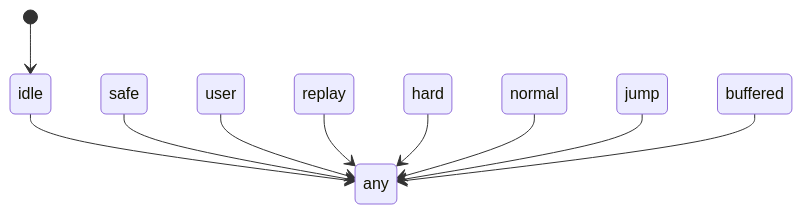
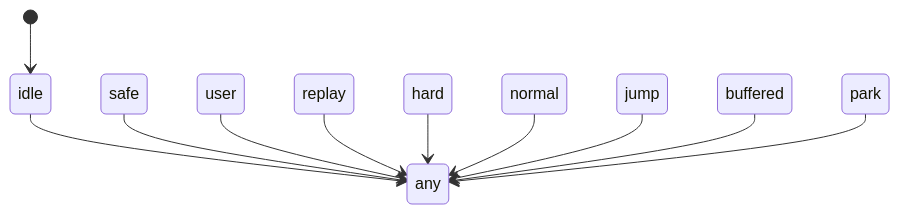
Before and after one commit to BouncySlime1215/redzone-everything: diagram 23 of 53 in docs/state-machines.md, drawn with Mermaid. The commit also changed other lines of this file and 7 other files, not shown here.

````diff
--- a/docs/state-machines.md
+++ b/docs/state-machines.md
@@ -730,12 +731,13 @@
 ```mermaid
 stateDiagram-v2
     [*] --> idle
     idle --> any
     safe --> any
     user --> any
     replay --> any
     hard --> any
     normal --> any
     jump --> any
     buffered --> any
+    park --> any
 ```
````
